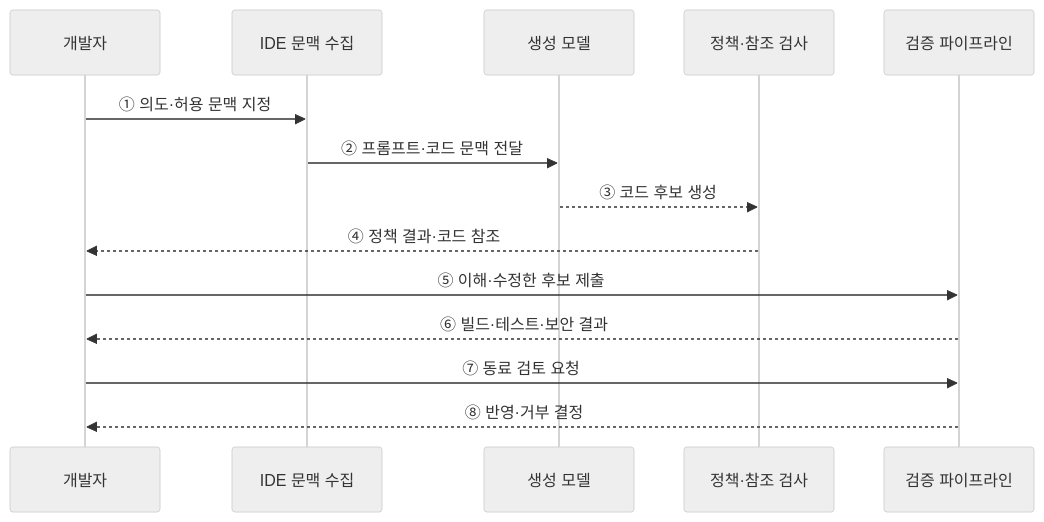
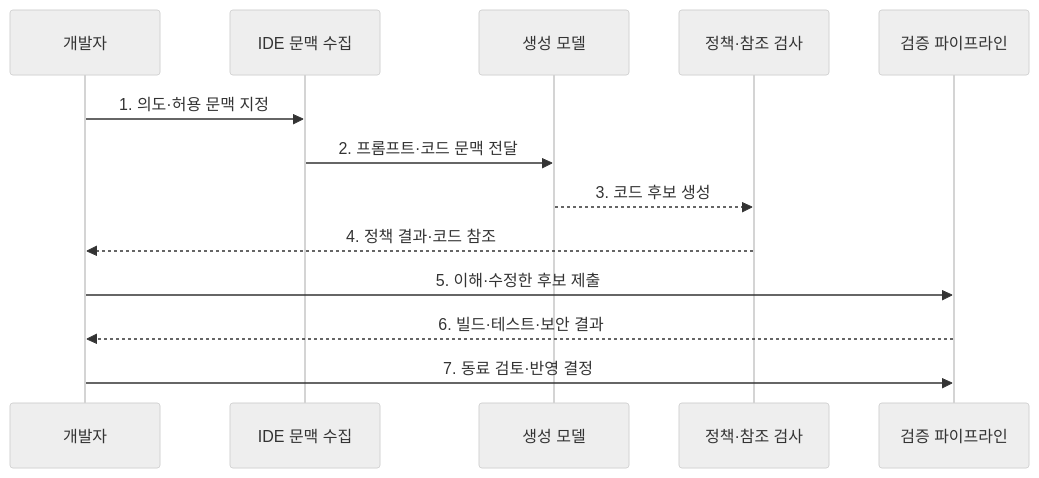
The second of 2 diagrams in src/content/docs/notes/03-software/081_ai_code_generation.md (agnusdei1207/knowledge-base), drawn with Mermaid (neutral theme) before and after one commit. The commit also changed other lines of this file and 20 other files, not shown here.

````diff
--- a/src/content/docs/notes/03-software/081_ai_code_generation.md
+++ b/src/content/docs/notes/03-software/081_ai_code_generation.md
@@ -69,16 +79,15 @@
 ```mermaid
 sequenceDiagram
     participant D as 개발자
     participant C as IDE 문맥 수집
     participant M as 생성 모델
     participant P as 정책·참조 검사
     participant V as 검증 파이프라인
-    D->>C: ① 의도·허용 문맥 지정
-    C->>M: ② 프롬프트·코드 문맥 전달
-    M-->>P: ③ 코드 후보 생성
-    P-->>D: ④ 정책 결과·코드 참조
-    D->>V: ⑤ 이해·수정한 후보 제출
-    V-->>D: ⑥ 빌드·테스트·보안 결과
-    D->>V: ⑦ 동료 검토 요청
-    V-->>D: ⑧ 반영·거부 결정
+    D->>C: 1. 의도·허용 문맥 지정
+    C->>M: 2. 프롬프트·코드 문맥 전달
+    M-->>P: 3. 코드 후보 생성
+    P-->>D: 4. 정책 결과·코드 참조
+    D->>V: 5. 이해·수정한 후보 제출
+    V-->>D: 6. 빌드·테스트·보안 결과
+    D->>V: 7. 동료 검토·반영 결정
 ```
````
